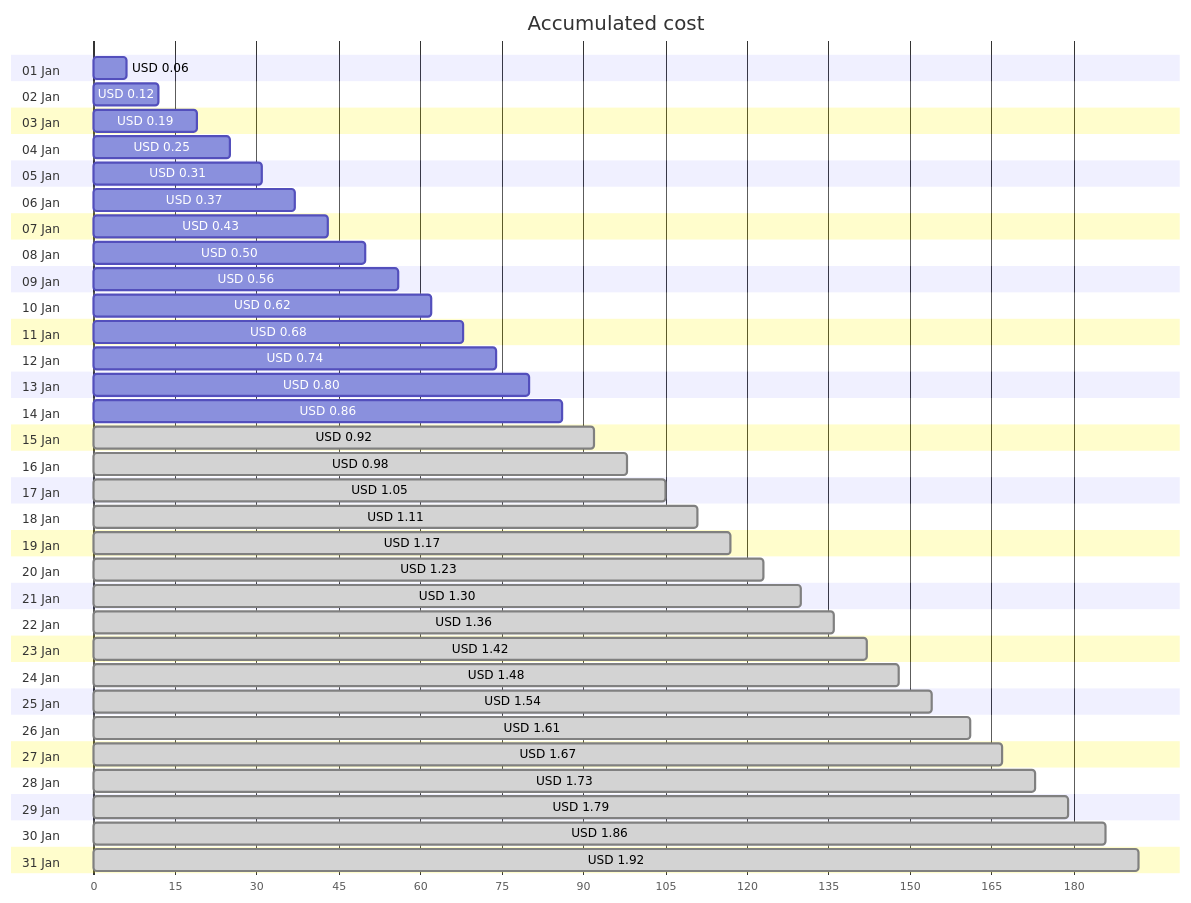
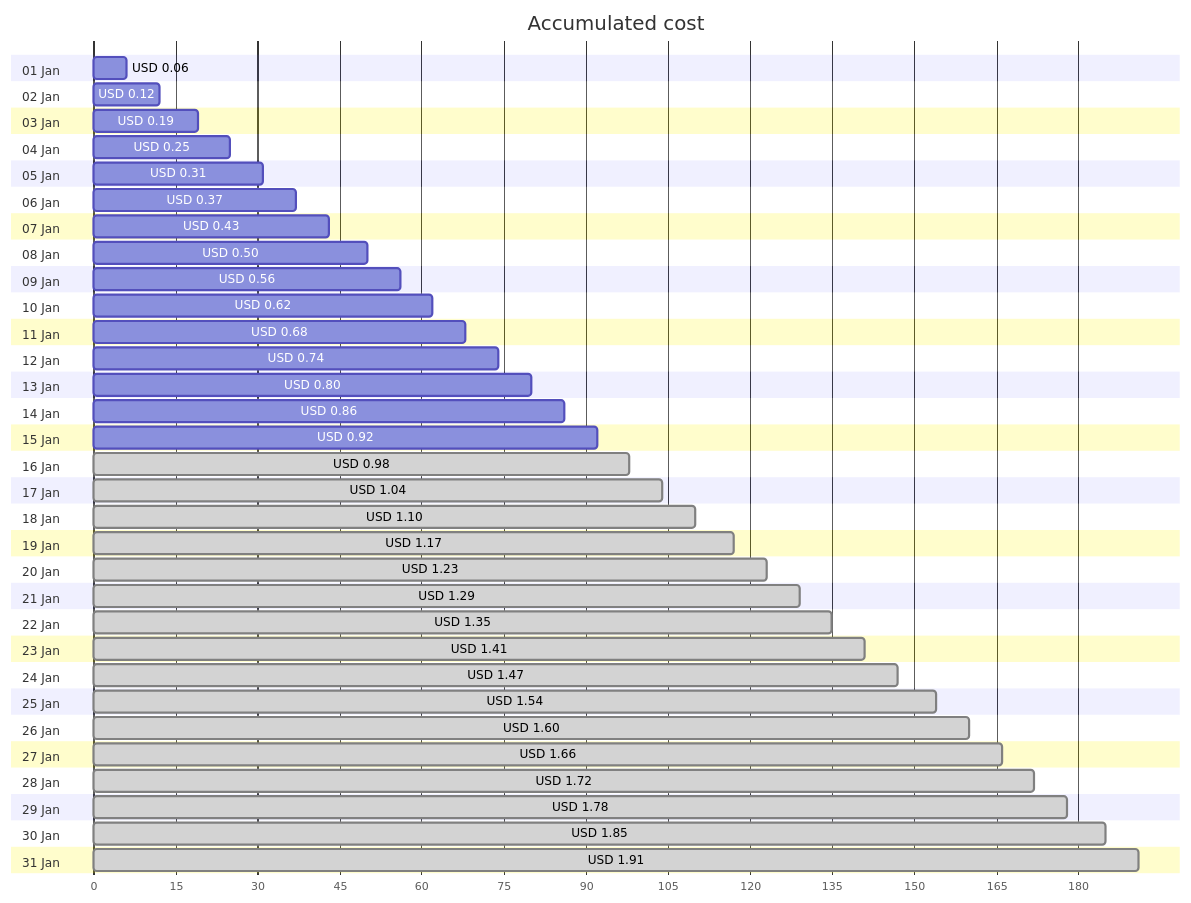
The first of 4 diagrams in cost-reports/personal-network/backup-server_OsDisk.md (jpfulton/azure-personal-reports), drawn with Mermaid before and after one commit. The commit also changed other lines of this file and 8 other files, not shown here.

````diff
--- a/cost-reports/personal-network/backup-server_OsDisk.md
+++ b/cost-reports/personal-network/backup-server_OsDisk.md
@@ -20,68 +20,68 @@
 ```mermaid
 gantt
    title Accumulated cost
    dateFormat  X
    axisFormat %s
    section 01 Jan
    USD 0.06 :0, 6
    section 02 Jan
    USD 0.12 :0, 12
    section 03 Jan
    USD 0.19 :0, 19
    section 04 Jan
    USD 0.25 :0, 25
    section 05 Jan
    USD 0.31 :0, 31
    section 06 Jan
    USD 0.37 :0, 37
    section 07 Jan
    USD 0.43 :0, 43
    section 08 Jan
    USD 0.50 :0, 50
    section 09 Jan
    USD 0.56 :0, 56
    section 10 Jan
    USD 0.62 :0, 62
    section 11 Jan
    USD 0.68 :0, 68
    section 12 Jan
    USD 0.74 :0, 74
    section 13 Jan
    USD 0.80 :0, 80
    section 14 Jan
    USD 0.86 :0, 86
    section 15 Jan
-   USD 0.92 : done, 0, 92
+   USD 0.92 :0, 92
    section 16 Jan
    USD 0.98 : done, 0, 98
    section 17 Jan
-   USD 1.05 : done, 0, 105
+   USD 1.04 : done, 0, 104
    section 18 Jan
-   USD 1.11 : done, 0, 111
+   USD 1.10 : done, 0, 110
    section 19 Jan
    USD 1.17 : done, 0, 117
    section 20 Jan
    USD 1.23 : done, 0, 123
    section 21 Jan
-   USD 1.30 : done, 0, 130
+   USD 1.29 : done, 0, 129
    section 22 Jan
-   USD 1.36 : done, 0, 136
+   USD 1.35 : done, 0, 135
    section 23 Jan
-   USD 1.42 : done, 0, 142
+   USD 1.41 : done, 0, 141
    section 24 Jan
-   USD 1.48 : done, 0, 148
+   USD 1.47 : done, 0, 147
    section 25 Jan
    USD 1.54 : done, 0, 154
    section 26 Jan
-   USD 1.61 : done, 0, 161
+   USD 1.60 : done, 0, 160
    section 27 Jan
-   USD 1.67 : done, 0, 167
+   USD 1.66 : done, 0, 166
    section 28 Jan
-   USD 1.73 : done, 0, 173
+   USD 1.72 : done, 0, 172
    section 29 Jan
-   USD 1.79 : done, 0, 179
+   USD 1.78 : done, 0, 178
    section 30 Jan
-   USD 1.86 : done, 0, 186
+   USD 1.85 : done, 0, 185
    section 31 Jan
-   USD 1.92 : done, 0, 192
+   USD 1.91 : done, 0, 191
 ```
````
